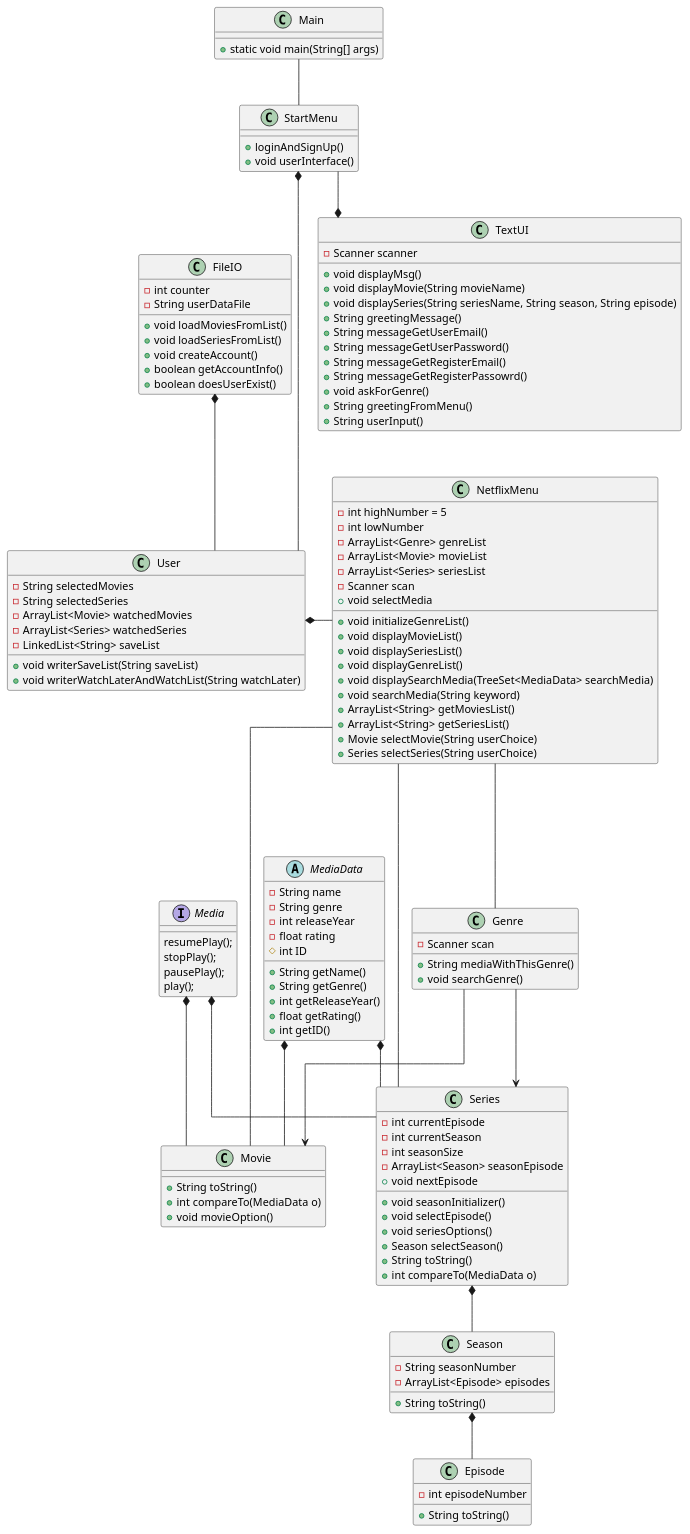
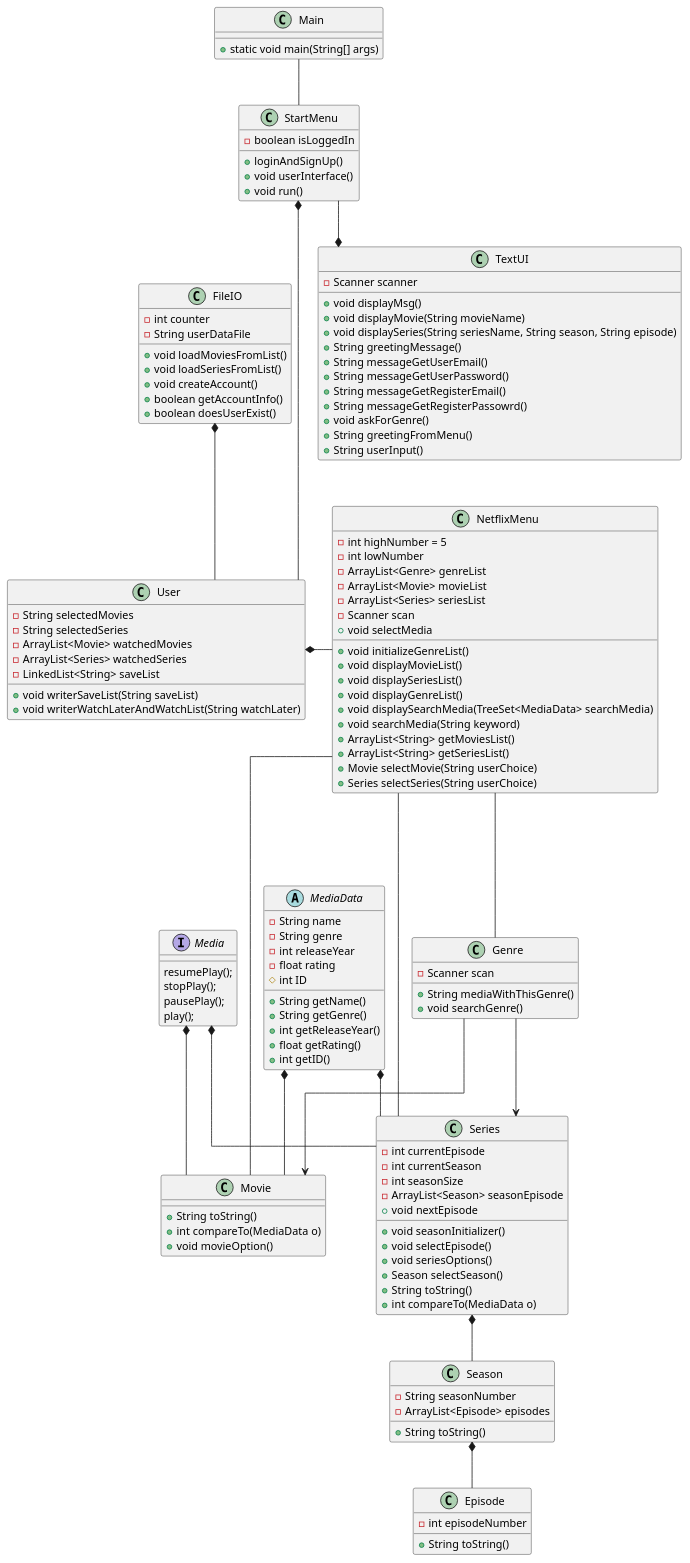
Before and after one commit to AerrowV/SP3_Netflix: the diagram in Diagrams/SP3.puml, drawn with PlantUML.

Commit message:
Updated class diagram

```diff
--- a/Diagrams/SP3.puml
+++ b/Diagrams/SP3.puml
@@ -1,148 +1,150 @@
 @startuml
 'https://plantuml.com/class-diagram
  skinparam linetype ortho
 
 
 
 
 class Main{
 + static void main(String[] args)
 }
 
 class StartMenu {
+- boolean isLoggedIn
 + loginAndSignUp()
 + void userInterface()
++ void run()
 
 }
 
 class User {
 - String selectedMovies
 - String selectedSeries
 - ArrayList<Movie> watchedMovies
 - ArrayList<Series> watchedSeries
 - LinkedList<String> saveList
 + void writerSaveList(String saveList)
 + void writerWatchLaterAndWatchList(String watchLater)
 }
 
 class FileIO {
 - int counter
 - String userDataFile
 + void loadMoviesFromList()
 + void loadSeriesFromList()
 + void createAccount()
 + boolean getAccountInfo()
 + boolean doesUserExist()
 }
 
 interface Media {
 resumePlay();
 stopPlay();
 pausePlay();
 play();
 }
 
 abstract MediaData{
 - String name
 - String genre
 - int releaseYear
 - float rating
 # int ID
 + String getName()
 + String getGenre()
 + int getReleaseYear()
 + float getRating()
 + int getID()
 
 }
 
 class NetflixMenu {
 - int highNumber = 5
 - int lowNumber
 - ArrayList<Genre> genreList
 - ArrayList<Movie> movieList
 - ArrayList<Series> seriesList
 - Scanner scan
 + void initializeGenreList()
 + void displayMovieList()
 + void displaySeriesList()
 + void displayGenreList()
 + void displaySearchMedia(TreeSet<MediaData> searchMedia)
 + void searchMedia(String keyword)
 + void selectMedia
 + ArrayList<String> getMoviesList()
 + ArrayList<String> getSeriesList()
 + Movie selectMovie(String userChoice)
 + Series selectSeries(String userChoice)
 }
 
 class Movie {
 + String toString()
 + int compareTo(MediaData o)
 + void movieOption()
 }
 
 class Genre {
 - Scanner scan
 + String mediaWithThisGenre()
 + void searchGenre()
 }
 
 class Series {
 - int currentEpisode
 - int currentSeason
 - int seasonSize
 - ArrayList<Season> seasonEpisode
 + void nextEpisode
 + void seasonInitializer()
 + void selectEpisode()
 + void seriesOptions()
 + Season selectSeason()
 + String toString()
 + int compareTo(MediaData o)
 }
 
 class Season {
 - String seasonNumber
 - ArrayList<Episode> episodes
 + String toString()
 }
 
 class Episode {
 - int episodeNumber
 + String toString()
 }
 
 class TextUI {
 - Scanner scanner
 + void displayMsg()
 + void displayMovie(String movieName)
 + void displaySeries(String seriesName, String season, String episode)
 + String greetingMessage()
 + String messageGetUserEmail()
 + String messageGetUserPassword()
 + String messageGetRegisterEmail()
 + String messageGetRegisterPassowrd()
 + void askForGenre()
 + String greetingFromMenu()
 + String userInput()
 }
 
 Main -- StartMenu
 StartMenu *--- User
 TextUI *-up- StartMenu
 User *- NetflixMenu
 NetflixMenu -- Movie
 NetflixMenu -- Series
 NetflixMenu --- Genre
 Genre --> Movie
 Genre --> Series
 Series *-- Season
 Season *-- Episode
 Media *-- Movie
 Media *-- Series
 FileIO *-- User
 MediaData *-- Movie
 MediaData *-- Series
 
 @enduml
```
